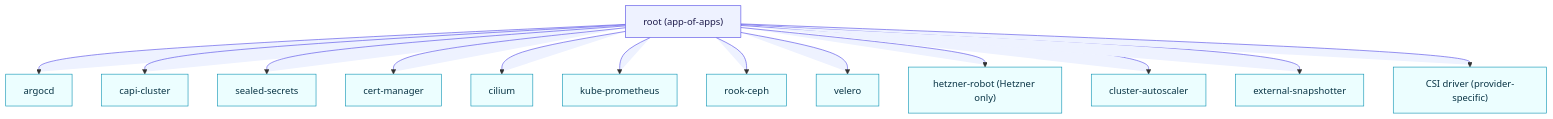
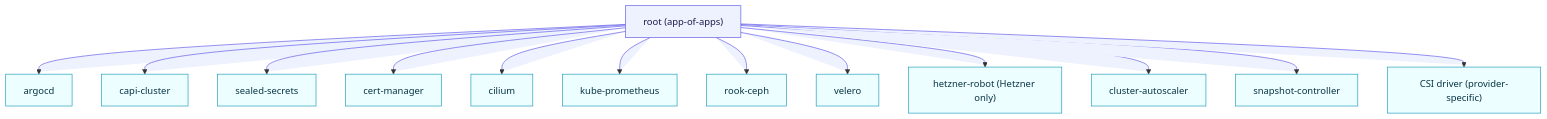
One commit to Obmondo/kubeaid-cli changed the tenth of 11 diagrams in docs/architecture.md. Above: the diagram before and after it, drawn with Mermaid. The commit also changed 8 other files, not shown here.

First line of the commit message:
feat(snapshot-controller): replace external-snapshotter with KubeAid's chart

````diff
--- a/docs/architecture.md
+++ b/docs/architecture.md
@@ -477,21 +477,21 @@
 ```mermaid
 %%{init: {'flowchart': {'htmlLabels': false}}}%%
 flowchart TD
   root["root (app-of-apps)"] --> argocd["argocd"]
   root --> caphc["capi-cluster"]
   root --> sealed["sealed-secrets"]
   root --> cert["cert-manager"]
   root --> cil["cilium"]
   root --> kp["kube-prometheus"]
   root --> rook["rook-ceph"]
   root --> vel["velero"]
   root --> hr["hetzner-robot (Hetzner only)"]
   root --> ca["cluster-autoscaler"]
-  root --> ext["external-snapshotter"]
+  root --> snap["snapshot-controller"]
   root --> csi["CSI driver (provider-specific)"]
 
   classDef root fill:#eef2ff,stroke:#4f46e5,color:#1e1b4b;
   classDef app fill:#ecfeff,stroke:#0891b2,color:#083344;
   class root root;
-  class argocd,caphc,sealed,cert,cil,kp,rook,vel,hr,ca,ext,csi app;
+  class argocd,caphc,sealed,cert,cil,kp,rook,vel,hr,ca,snap,csi app;
 ```
````
